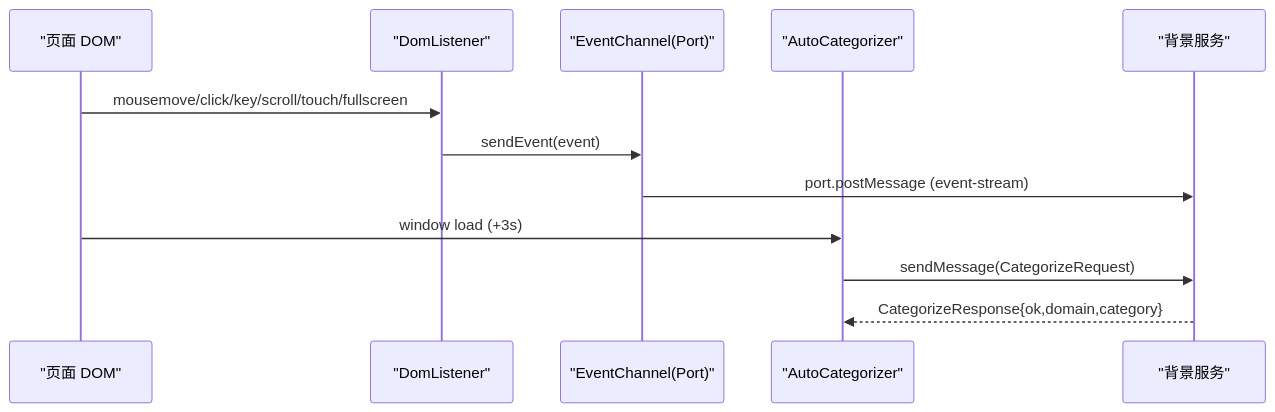
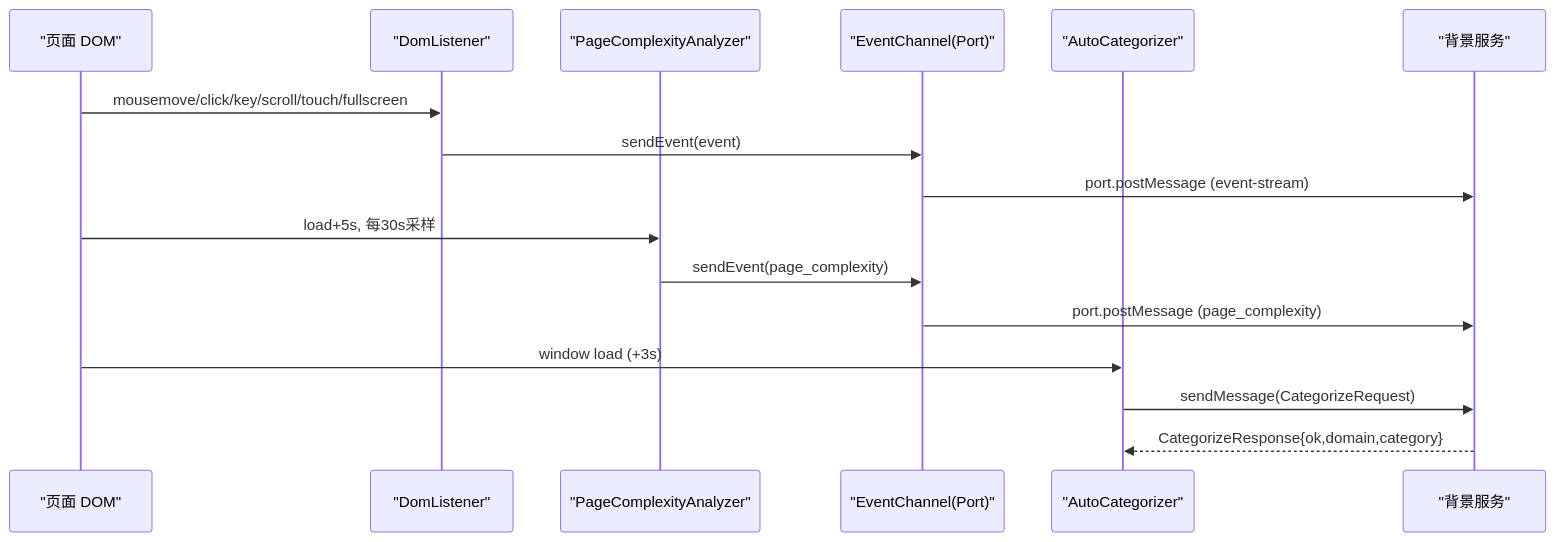
One commit to MingxuanGame/BrainRest changed the diagram in .qoder/repowiki/zh/content/核心模块/内容脚本模块.md. Above: the diagram before and after it, drawn with Mermaid. The commit also changed other lines of this file and 70 other files, not shown here.

````diff
--- a/.qoder/repowiki/zh/content/核心模块/内容脚本模块.md
+++ b/.qoder/repowiki/zh/content/核心模块/内容脚本模块.md
@@ -97,14 +130,18 @@
 ```mermaid
 sequenceDiagram
 participant Page as "页面 DOM"
 participant DL as "DomListener"
+participant PCA as "PageComplexityAnalyzer"
 participant EC as "EventChannel(Port)"
 participant AC as "AutoCategorizer"
 participant BG as "背景服务"
 Page->>DL : mousemove/click/key/scroll/touch/fullscreen
 DL->>EC : sendEvent(event)
 EC->>BG : port.postMessage (event-stream)
+Page->>PCA : load+5s, 每30s采样
+PCA->>EC : sendEvent(page_complexity)
+EC->>BG : port.postMessage (page_complexity)
 Page->>AC : window load (+3s)
 AC->>BG : sendMessage(CategorizeRequest)
 BG-->>AC : CategorizeResponse{ok,domain,category}
 ```
````
